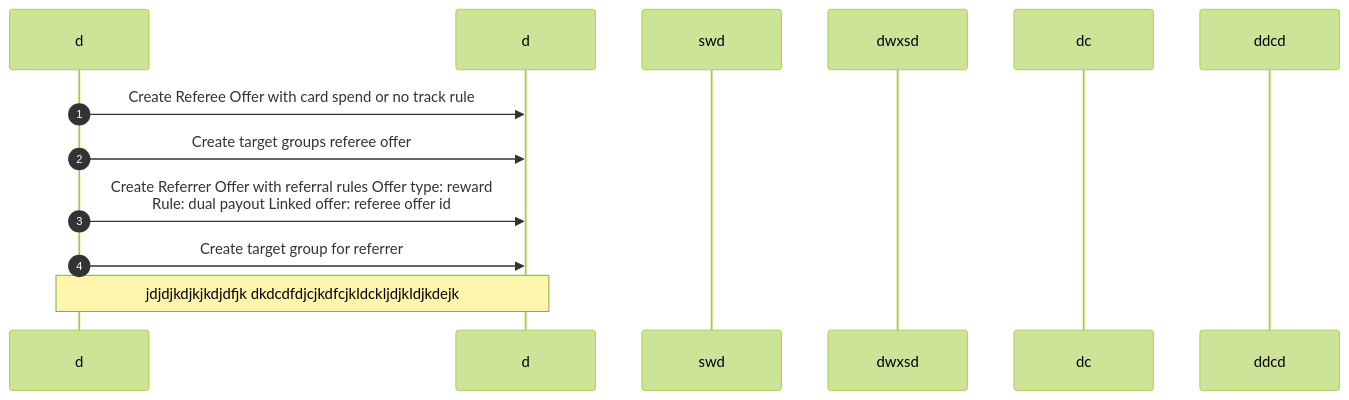
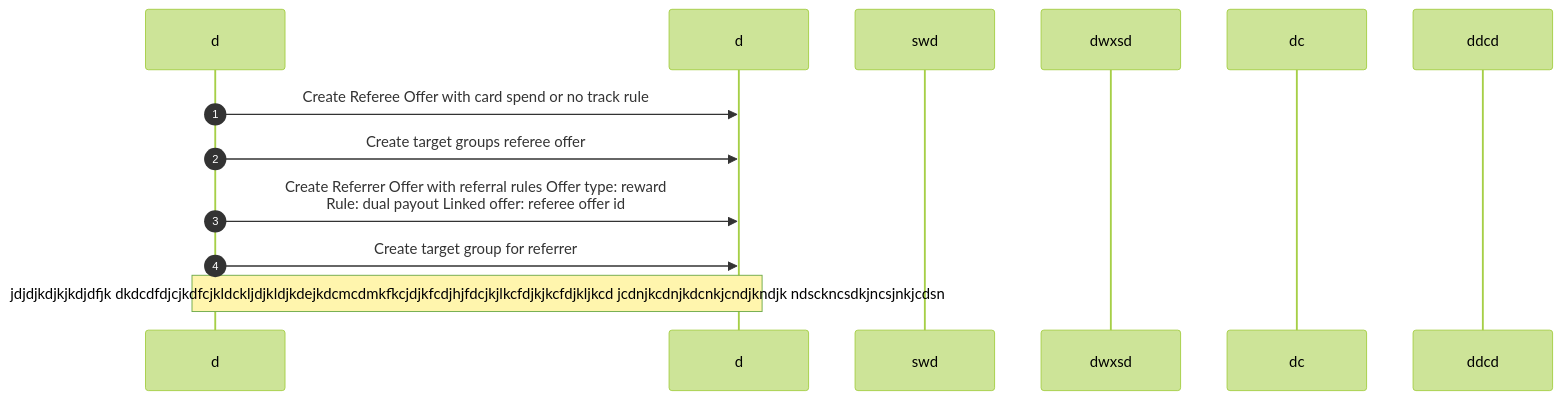
Before and after one commit to devu-62442/CheckPOC: the third of 3 diagrams in README.md, drawn with Mermaid (forest theme).

````diff
--- a/README.md
+++ b/README.md
@@ -63,16 +63,16 @@
 ```mermaid
 sequenceDiagram
     autonumber
     participant bot as d
     participant rs as d
     participant rcs as swd
     participant ibs as dwxsd
     participant tnc as dc
     participant bos as ddcd
     
     bot ->> rs: Create Referee Offer with card spend or no track rule
     bot ->> rs: Create target groups referee offer
     bot ->> rs: Create Referrer Offer with referral rules Offer type: reward <br> Rule: dual payout Linked offer: referee offer id
     bot ->> rs: Create target group for referrer
-    note over bot,rs:jdjdjkdjkjkdjdfjk dkdcdfdjcjkdfcjkldckljdjkldjkdejk
+    note over bot,rs:jdjdjkdjkjkdjdfjk dkdcdfdjcjkdfcjkldckljdjkldjkdejkdcmcdmkfkcjdjkfcdjhjfdcjkjlkcfdjkjkcfdjkljkcd  jcdnjkcdnjkdcnkjcndjkndjk ndsckncsdkjncsjnkjcdsn
 ```
````
